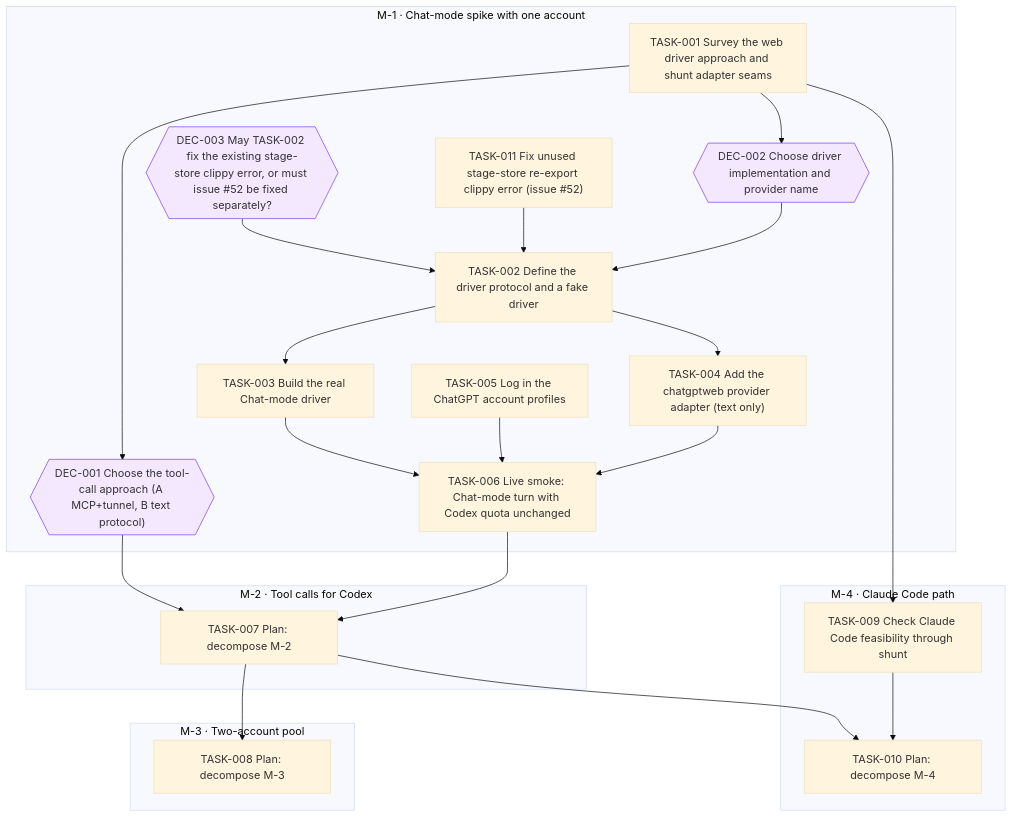
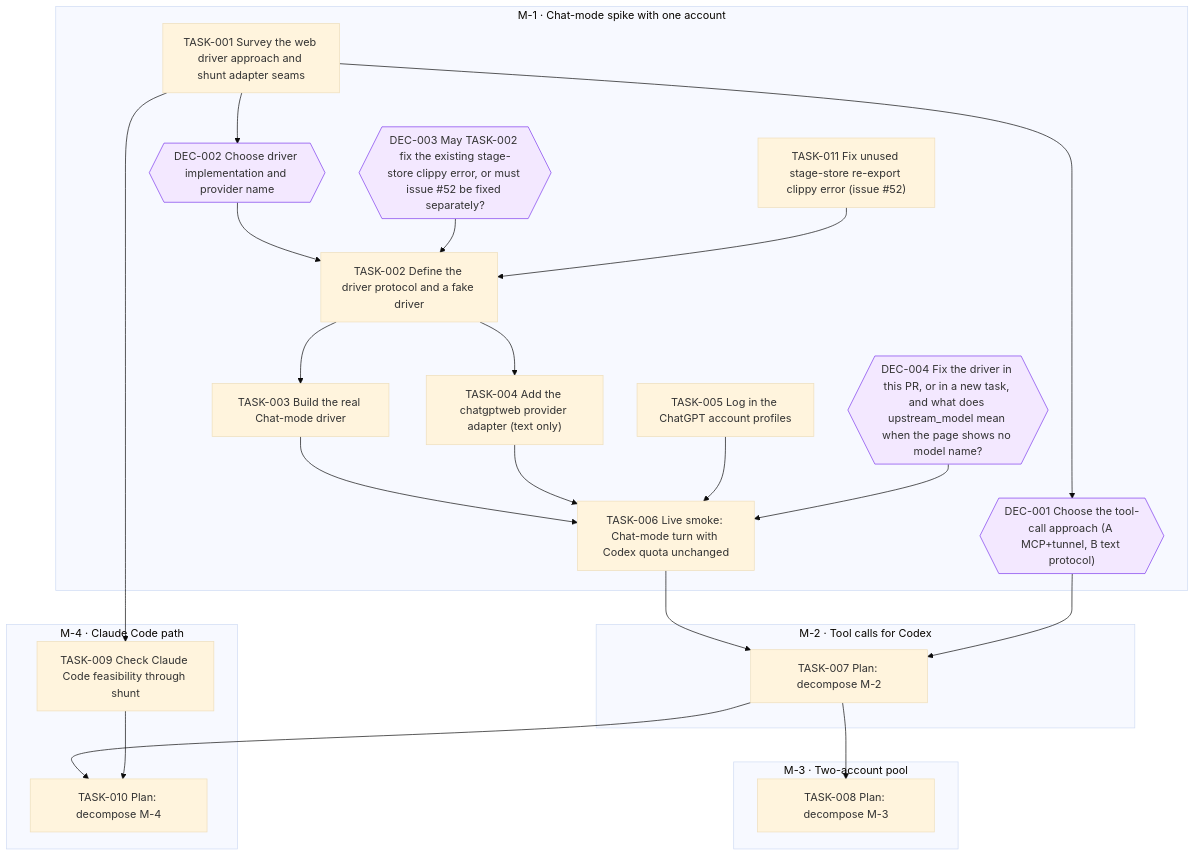
Before and after one commit to jesusvillota/shunt: the diagram in goals/chatgptweb-provider/README.md, drawn with Mermaid (base theme). The commit also changed 3 other files, not shown here.

Commit message:
goal(chatgptweb-provider): request DEC-004 from TASK-006

````diff
--- a/goals/chatgptweb-provider/README.md
+++ b/goals/chatgptweb-provider/README.md
@@ -132,47 +132,50 @@
 ```mermaid
 flowchart TD
   subgraph M_1["M-1 · Chat-mode spike with one account"]
     DEC_001{{"DEC-001 Choose the tool-call approach (A MCP+tunnel, B text protocol)"}}
     DEC_002{{"DEC-002 Choose driver implementation and provider name"}}
     DEC_003{{"DEC-003 May TASK-002 fix the existing stage-store clippy error, or must issue #52 be fixed separately?"}}
+    DEC_004{{"DEC-004 Fix the driver in this PR, or in a new task, and what does upstream_model mean when the page shows no model name?"}}
     TASK_001["TASK-001 Survey the web driver approach and shunt adapter seams"]
     TASK_002["TASK-002 Define the driver protocol and a fake driver"]
     TASK_003["TASK-003 Build the real Chat-mode driver"]
     TASK_004["TASK-004 Add the chatgptweb provider adapter (text only)"]
     TASK_005["TASK-005 Log in the ChatGPT account profiles"]
     TASK_006["TASK-006 Live smoke: Chat-mode turn with Codex quota unchanged"]
     TASK_011["TASK-011 Fix unused stage-store re-export clippy error (issue #52)"]
   end
   subgraph M_2["M-2 · Tool calls for Codex"]
     TASK_007["TASK-007 Plan: decompose M-2"]
   end
   subgraph M_3["M-3 · Two-account pool"]
     TASK_008["TASK-008 Plan: decompose M-3"]
   end
   subgraph M_4["M-4 · Claude Code path"]
     TASK_009["TASK-009 Check Claude Code feasibility through shunt"]
     TASK_010["TASK-010 Plan: decompose M-4"]
   end
   TASK_001 --> DEC_001
   TASK_001 --> DEC_002
   DEC_002 --> TASK_002
   DEC_003 --> TASK_002
   TASK_011 --> TASK_002
   TASK_002 --> TASK_003
   TASK_002 --> TASK_004
   TASK_003 --> TASK_006
   TASK_004 --> TASK_006
   TASK_005 --> TASK_006
+  DEC_004 --> TASK_006
   TASK_006 --> TASK_007
   DEC_001 --> TASK_007
   TASK_007 --> TASK_008
   TASK_001 --> TASK_009
   TASK_007 --> TASK_010
   TASK_009 --> TASK_010
   classDef draft stroke-dasharray: 4 3
   classDef cancelled opacity:0.45
   classDef decision fill:#f3e8ff,stroke:#7c3aed
   class DEC_001 decision
   class DEC_002 decision
   class DEC_003 decision
+  class DEC_004 decision
 ```
````
